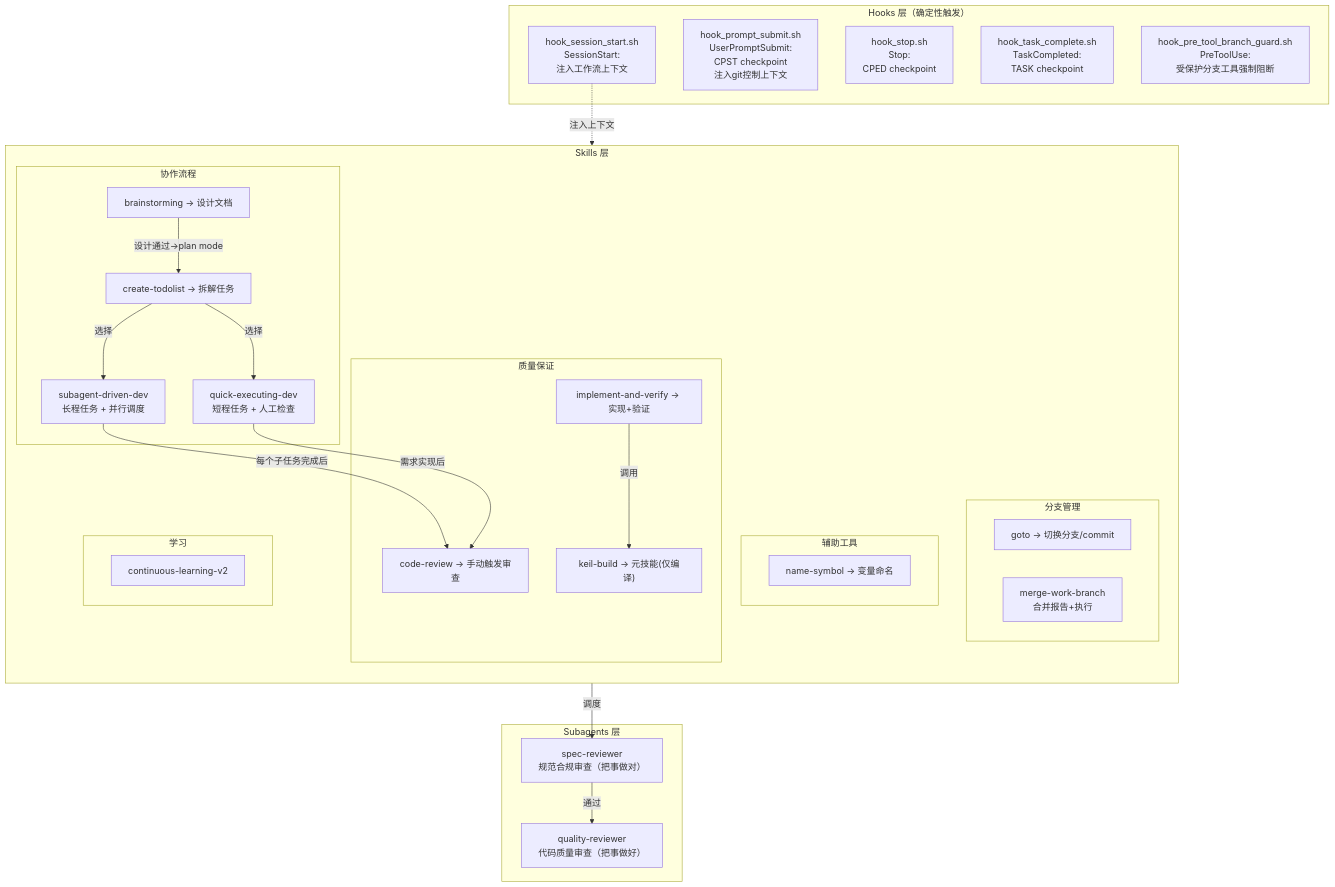
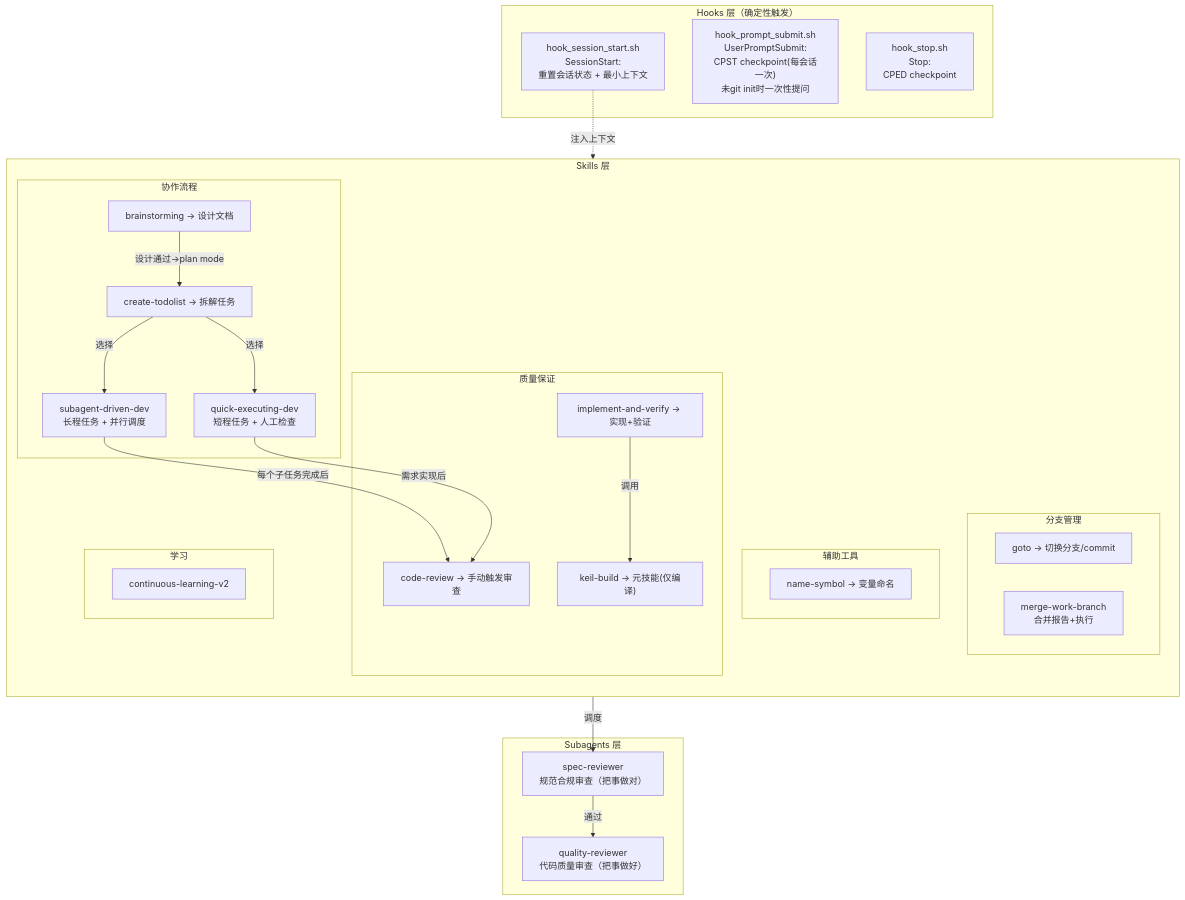
The first of 2 diagrams in Resources/AI 开发工作流系统设计框架.md (IHiter-2026-Wheeled-Bipedal-Soldier/Wheeled_Bipedal_Shared_CC_Config), drawn with Mermaid before and after one commit. The commit also changed other lines of this file and 11 other files, not shown here.

````diff
--- a/Resources/AI 开发工作流系统设计框架.md
+++ b/Resources/AI 开发工作流系统设计框架.md
@@ -15,50 +15,48 @@
 ```mermaid
 graph TB
     subgraph "Hooks 层（确定性触发）"
-        H1["hook_session_start.sh<br/>SessionStart:<br/>注入工作流上下文"]
-        H2["hook_prompt_submit.sh<br/>UserPromptSubmit:<br/>CPST checkpoint<br/>注入git控制上下文"]
+        H1["hook_session_start.sh<br/>SessionStart:<br/>重置会话状态 + 最小上下文"]
+        H2["hook_prompt_submit.sh<br/>UserPromptSubmit:<br/>CPST checkpoint(每会话一次)<br/>未git init时一次性提问"]
         H3["hook_stop.sh<br/>Stop:<br/>CPED checkpoint"]
-        H4["hook_task_complete.sh<br/>TaskCompleted:<br/>TASK checkpoint"]
-      H5["hook_pre_tool_branch_guard.sh<br/>PreToolUse:<br/>受保护分支工具强制阻断"]
     end
 
     subgraph "Skills 层"
         direction TB
         subgraph "协作流程"
             S1["brainstorming → 设计文档"]
             S2["create-todolist → 拆解任务"]
             S3["subagent-driven-dev<br/>长程任务 + 并行调度"]
             S4["quick-executing-dev<br/>短程任务 + 人工检查"]
         end
         subgraph "质量保证"
             S5["code-review → 手动触发审查"]
             S6["implement-and-verify → 实现+验证"]
             S7["keil-build → 元技能(仅编译)"]
         end
         subgraph "分支管理"
             S9["goto → 切换分支/commit"]
             S10["merge-work-branch<br/>合并报告+执行"]
         end
         subgraph "辅助工具"
             S12["name-symbol → 变量命名"]
         end
         subgraph "学习"
             S15["continuous-learning-v2"]
         end
     end
 
     subgraph "Subagents 层"
         A2["spec-reviewer<br/>规范合规审查（把事做对）"]
         A3["quality-reviewer<br/>代码质量审查（把事做好）"]
     end
 
     H1 -.->|注入上下文| S1
     S1 -->|设计通过→plan mode| S2
     S2 -->|选择| S3
     S2 -->|选择| S4
     S3 -->|每个子任务完成后| S5
     S4 -->|需求实现后| S5
     S5 -->|调度| A2
     A2 -->|通过| A3
     S6 -->|调用| S7
 ```
````
